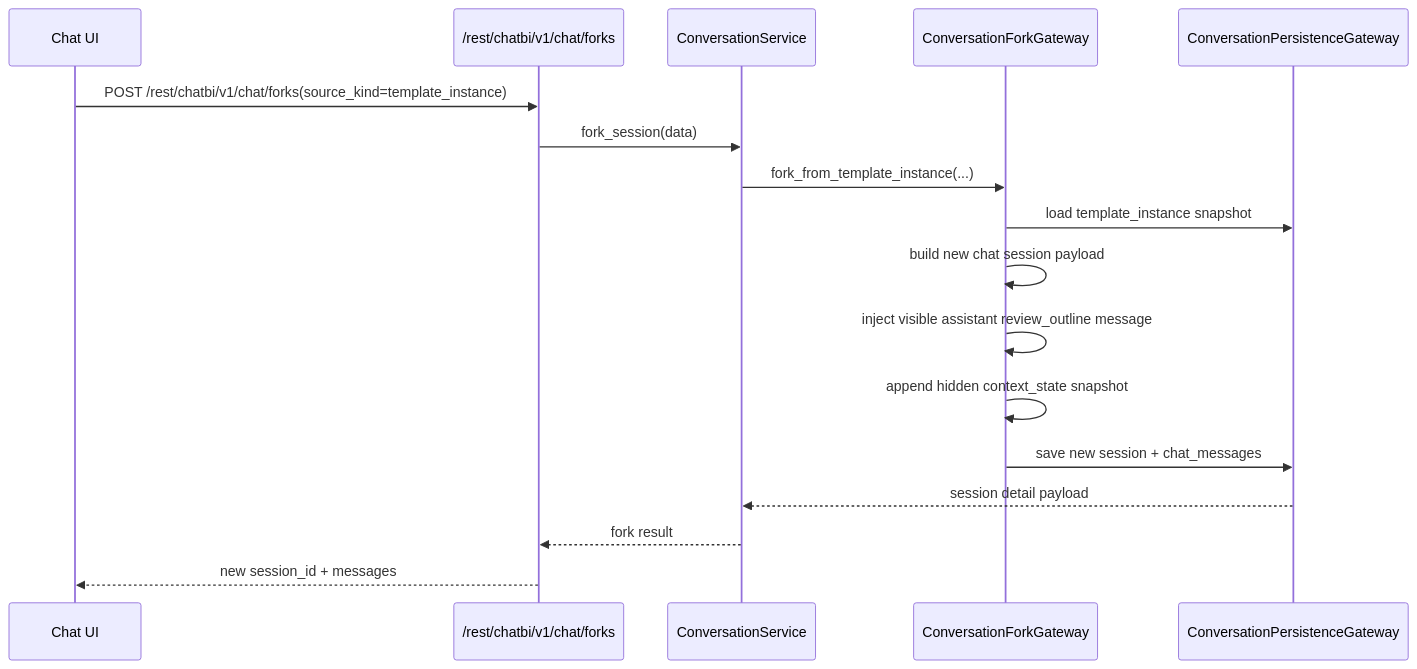
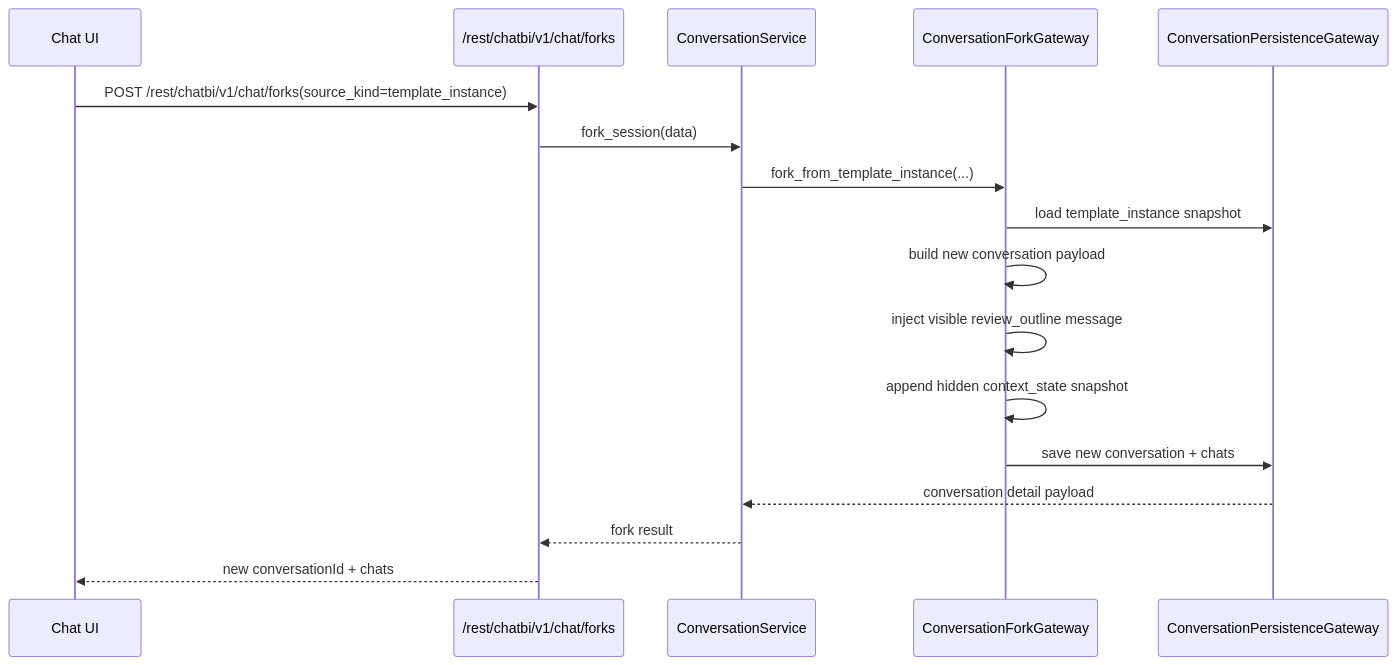
Before and after one commit to shel447/ReportSystem: the fourth of 4 diagrams in design/implementation/runtime_sequences.md, drawn with Mermaid. The commit also changed other lines of this file and 21 other files, not shown here.

````diff
--- a/design/implementation/runtime_sequences.md
+++ b/design/implementation/runtime_sequences.md
@@ -94,20 +116,20 @@
 ```mermaid
 sequenceDiagram
     participant UI as Chat UI
     participant API as /rest/chatbi/v1/chat/forks
     participant Conv as ConversationService
     participant Fork as ConversationForkGateway
     participant Persist as ConversationPersistenceGateway
 
     UI->>API: POST /rest/chatbi/v1/chat/forks(source_kind=template_instance)
     API->>Conv: fork_session(data)
     Conv->>Fork: fork_from_template_instance(...)
     Fork->>Persist: load template_instance snapshot
-    Fork->>Fork: build new chat session payload
-    Fork->>Fork: inject visible assistant review_outline message
+    Fork->>Fork: build new conversation payload
+    Fork->>Fork: inject visible review_outline message
     Fork->>Fork: append hidden context_state snapshot
-    Fork->>Persist: save new session + chat_messages
-    Persist-->>Conv: session detail payload
+    Fork->>Persist: save new conversation + chats
+    Persist-->>Conv: conversation detail payload
     Conv-->>API: fork result
-    API-->>UI: new session_id + messages
+    API-->>UI: new conversationId + chats
 ```
````
